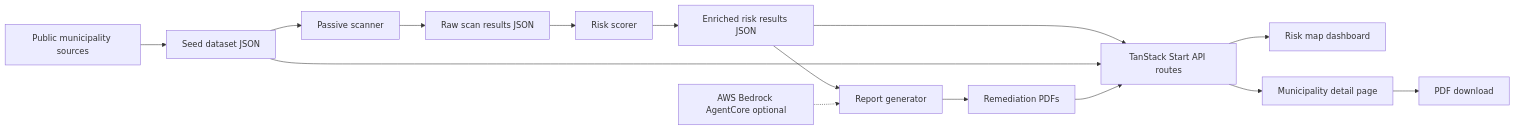
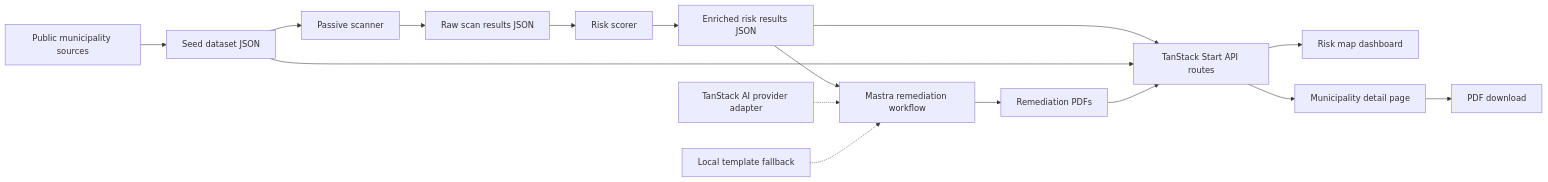
The first of 3 diagrams in README.md (jerif118/OpenBreach), drawn with Mermaid before and after one commit. The commit also changed other lines of this file and 1 other file, not shown here.

First line of the commit message:
docs: pivot planned stack from AWS Bedrock AgentCore to Mastra + TanStack AI

````diff
--- a/README.md
+++ b/README.md
@@ -92,17 +96,18 @@
 ```mermaid
 flowchart LR
   A[Public municipality sources] --> B[Seed dataset JSON]
   B --> C[Passive scanner]
   C --> D[Raw scan results JSON]
   D --> E[Risk scorer]
   E --> F[Enriched risk results JSON]
-  F --> G[Report generator]
-  H[AWS Bedrock AgentCore optional] -.-> G
+  F --> G[Mastra remediation workflow]
+  H[TanStack AI provider adapter] -.-> G
+  N[Local template fallback] -.-> G
   G --> I[Remediation PDFs]
   F --> J[TanStack Start API routes]
   B --> J
   I --> J
   J --> K[Risk map dashboard]
   J --> L[Municipality detail page]
   L --> M[PDF download]
 ```
````
